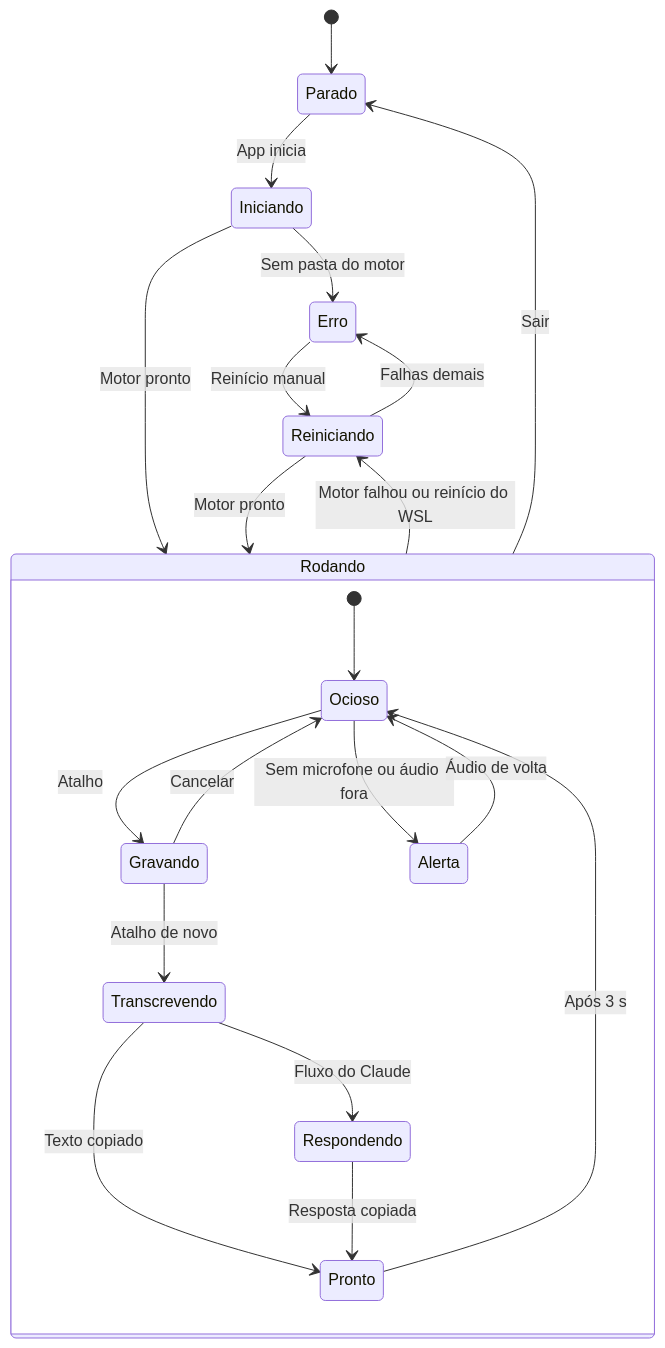
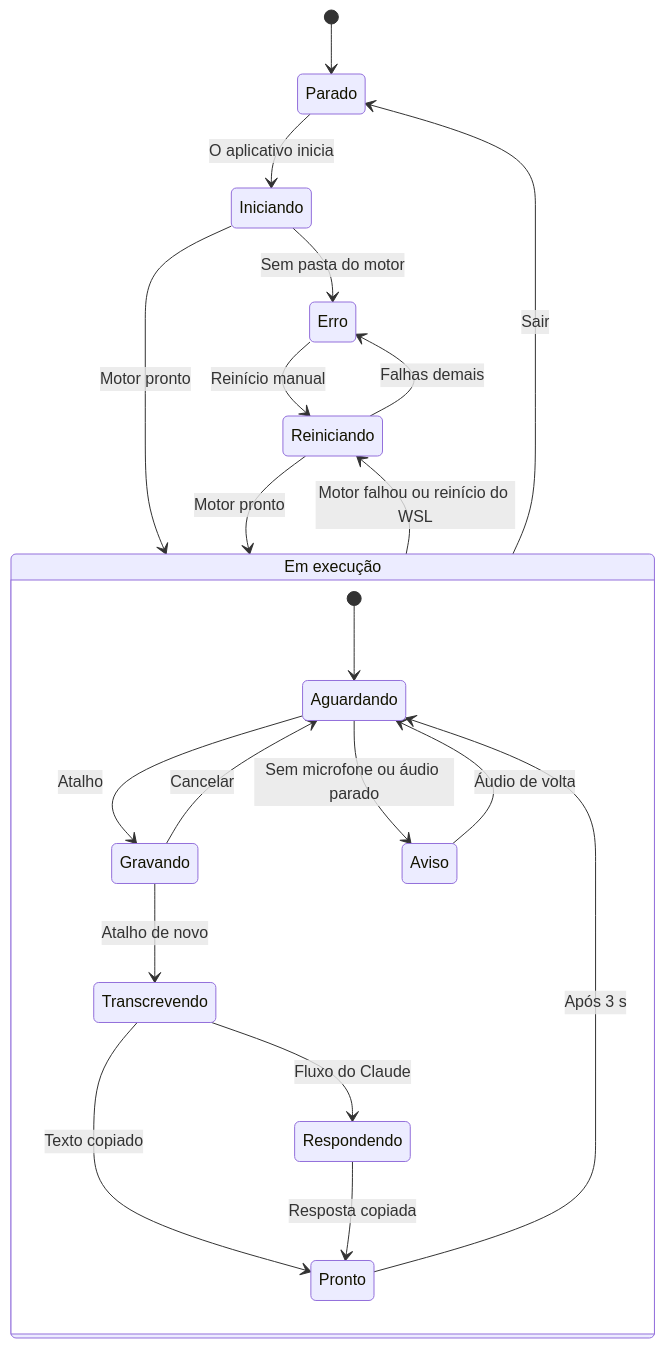
Before and after one commit to nano-br/voice-mate: the fourth of 5 diagrams in README.pt-BR.md, drawn with Mermaid. The commit also changed other lines of this file and 1 other file, not shown here.

````diff
--- a/README.pt-BR.md
+++ b/README.pt-BR.md
@@ -239,35 +239,35 @@
 ```mermaid
 stateDiagram-v2
     state "Parado" as Stopped
     state "Iniciando" as Starting
-    state "Rodando" as Running
+    state "Em execução" as Running
     state "Reiniciando" as Restarting
     state "Erro" as Error
-    state "Ocioso" as Idle
+    state "Aguardando" as Idle
     state "Gravando" as Recording
     state "Transcrevendo" as Transcribing
     state "Respondendo" as Answering
     state "Pronto" as Ready
-    state "Alerta" as Warning
+    state "Aviso" as Warning
     [*] --> Stopped
-    Stopped --> Starting : App inicia
+    Stopped --> Starting : O aplicativo inicia
     Starting --> Running : Motor pronto
     Starting --> Error : Sem pasta do motor
     Running --> Restarting : Motor falhou ou reinício do WSL
     Restarting --> Running : Motor pronto
     Restarting --> Error : Falhas demais
     Error --> Restarting : Reinício manual
     Running --> Stopped : Sair
     state Running {
         [*] --> Idle
         Idle --> Recording : Atalho
         Recording --> Transcribing : Atalho de novo
         Recording --> Idle : Cancelar
         Transcribing --> Ready : Texto copiado
         Transcribing --> Answering : Fluxo do Claude
         Answering --> Ready : Resposta copiada
         Ready --> Idle : Após 3 s
-        Idle --> Warning : Sem microfone ou áudio fora
+        Idle --> Warning : Sem microfone ou áudio parado
         Warning --> Idle : Áudio de volta
     }
 ```
````
